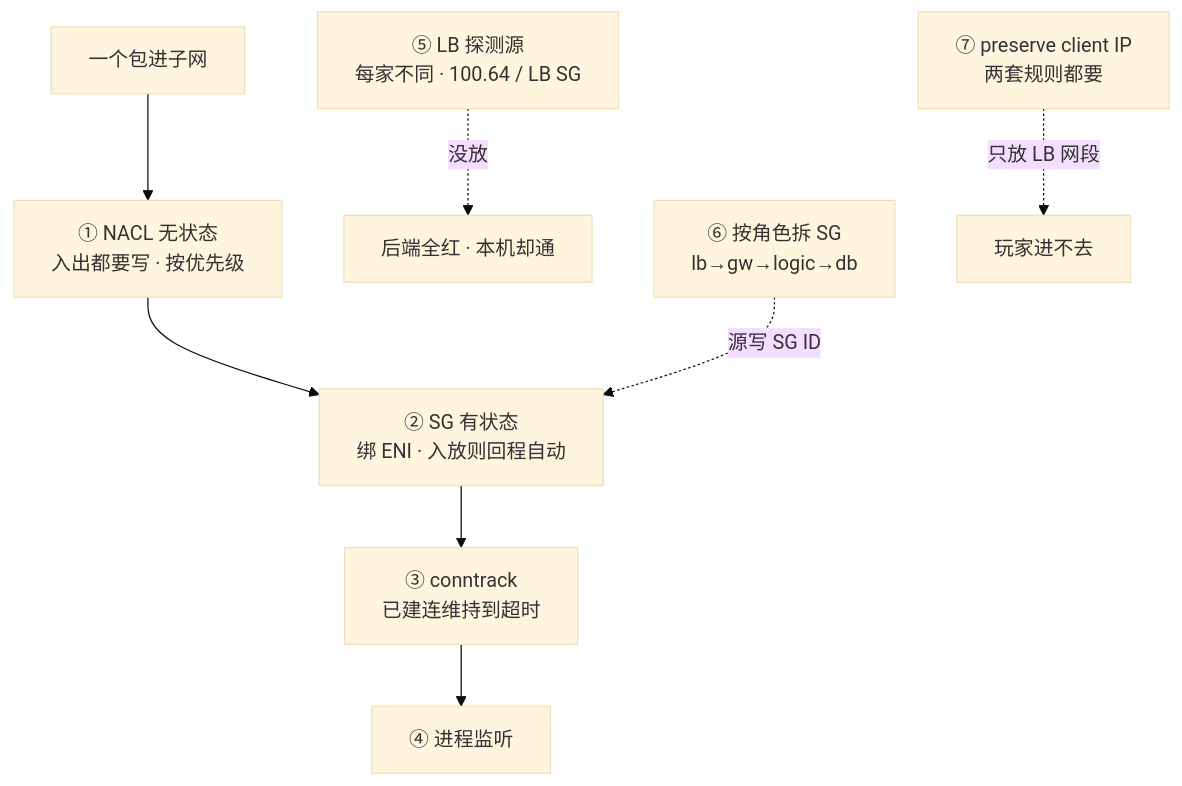
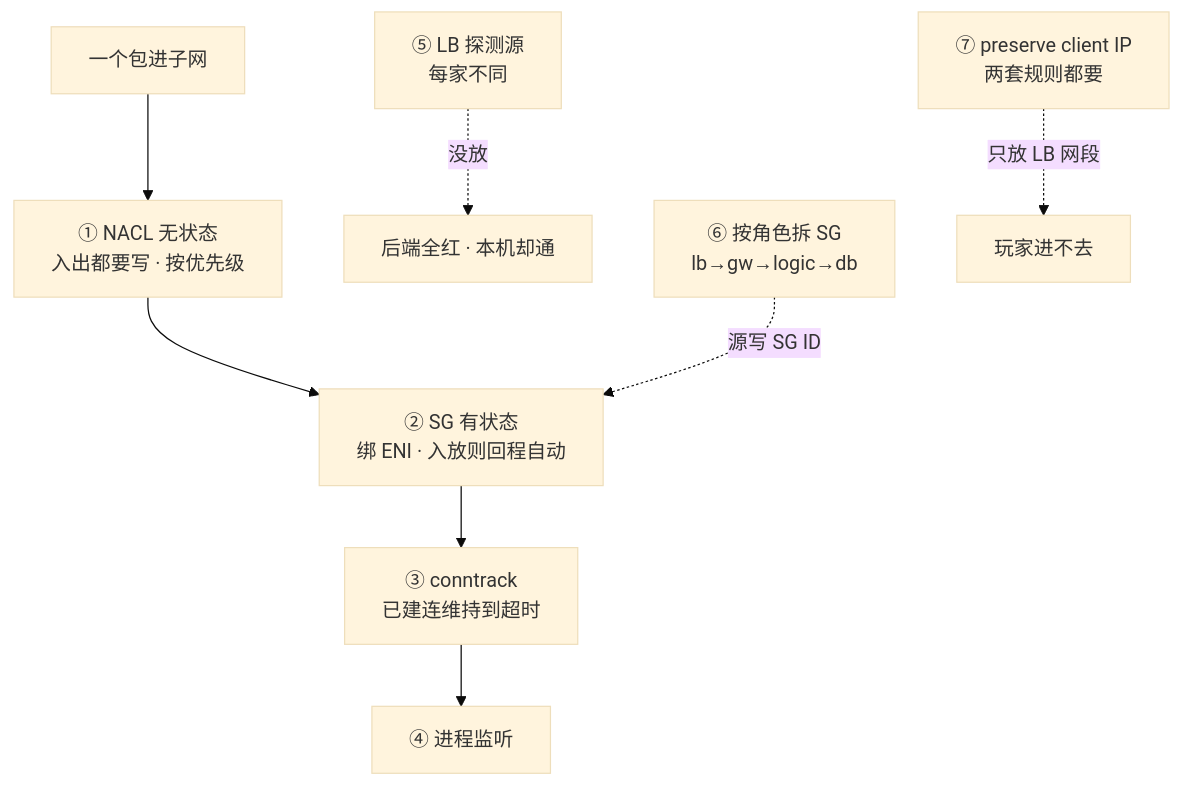
The sixth of 11 diagrams in 06-云平台/01-云网络与安全/知识点.md (ml-cuizijun/LearnToLilith), drawn with Mermaid (base theme) before and after one commit. The commit also changed other lines of this file and 178 other files, not shown here.

````diff
--- a/06-云平台/01-云网络与安全/知识点.md
+++ b/06-云平台/01-云网络与安全/知识点.md
@@ -205,13 +205,13 @@
 ```mermaid
 flowchart TB
     PKT["一个包进子网"] --> NACL["① NACL 无状态<br/>入出都要写 · 按优先级"]
     NACL --> SG["② SG 有状态<br/>绑 ENI · 入放则回程自动"]
     SG --> CT["③ conntrack<br/>已建连维持到超时"]
     CT --> PROC["④ 进程监听"]
-    LB2["⑤ LB 探测源<br/>每家不同 · 100.64 / LB SG"]
+    LB2["⑤ LB 探测源<br/>每家不同"]
     LB2 -.->|没放| RED2["后端全红 · 本机却通"]
     ROLE["⑥ 按角色拆 SG<br/>lb→gw→logic→db"]
     ROLE -.->|源写 SG ID| SG
     PRESERVE["⑦ preserve client IP<br/>两套规则都要"]
     PRESERVE -.->|只放 LB 网段| MIX2["玩家进不去"]
 ```
````
